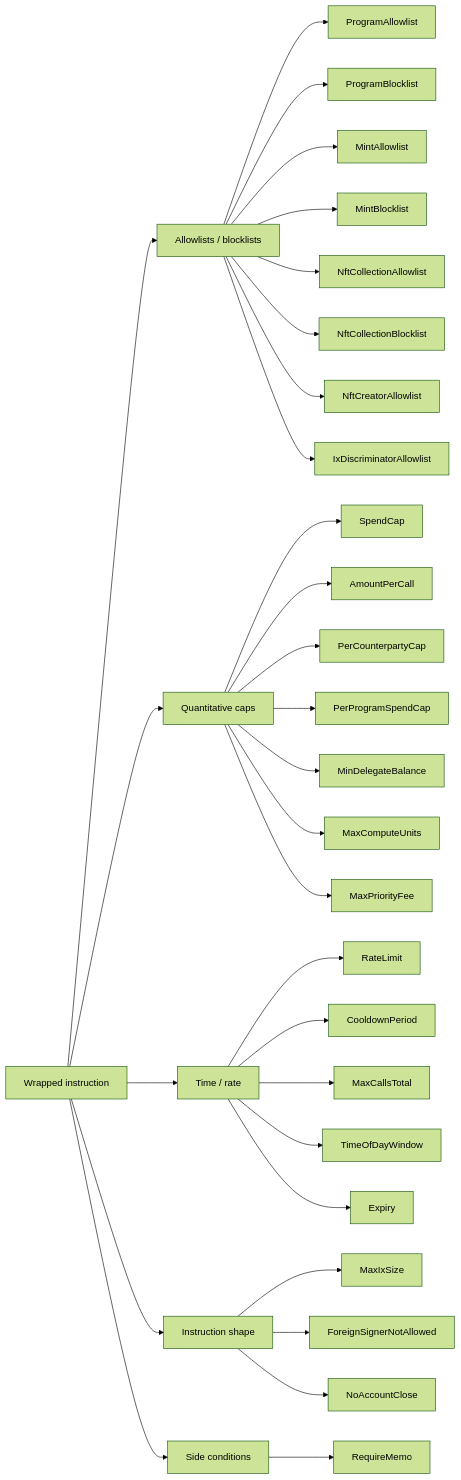
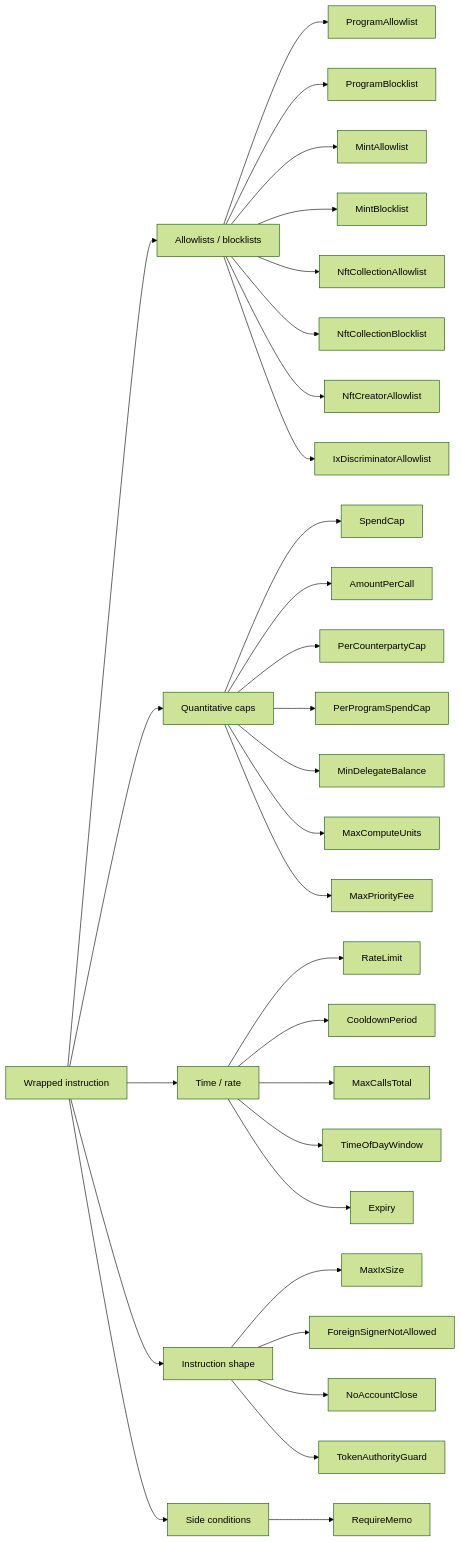
The third of 4 diagrams in programs/bastion/README.md (rit3sh-x/bastion), drawn with Mermaid (forest theme) before and after one commit. The commit also changed other lines of this file and 16 other files, not shown here.

````diff
--- a/programs/bastion/README.md
+++ b/programs/bastion/README.md
@@ -138,38 +138,39 @@
 ```mermaid
 flowchart LR
     Ix["Wrapped instruction"]
     Ix --> Allow["Allowlists / blocklists"]
     Ix --> Caps["Quantitative caps"]
     Ix --> Time["Time / rate"]
     Ix --> Shape["Instruction shape"]
     Ix --> Side["Side conditions"]
 
     Allow --> A1[ProgramAllowlist]
     Allow --> A2[ProgramBlocklist]
     Allow --> A3[MintAllowlist]
     Allow --> A4[MintBlocklist]
     Allow --> A5[NftCollectionAllowlist]
     Allow --> A6[NftCollectionBlocklist]
     Allow --> A7[NftCreatorAllowlist]
     Allow --> A8[IxDiscriminatorAllowlist]
 
     Caps --> C1[SpendCap]
     Caps --> C2[AmountPerCall]
     Caps --> C3[PerCounterpartyCap]
     Caps --> C4[PerProgramSpendCap]
     Caps --> C5[MinDelegateBalance]
     Caps --> C6[MaxComputeUnits]
     Caps --> C7[MaxPriorityFee]
 
     Time --> T1[RateLimit]
     Time --> T2[CooldownPeriod]
     Time --> T3[MaxCallsTotal]
     Time --> T4[TimeOfDayWindow]
     Time --> T5[Expiry]
 
     Shape --> S1[MaxIxSize]
     Shape --> S2[ForeignSignerNotAllowed]
     Shape --> S3[NoAccountClose]
+    Shape --> S4[TokenAuthorityGuard]
 
     Side --> SC1[RequireMemo]
 ```
````
